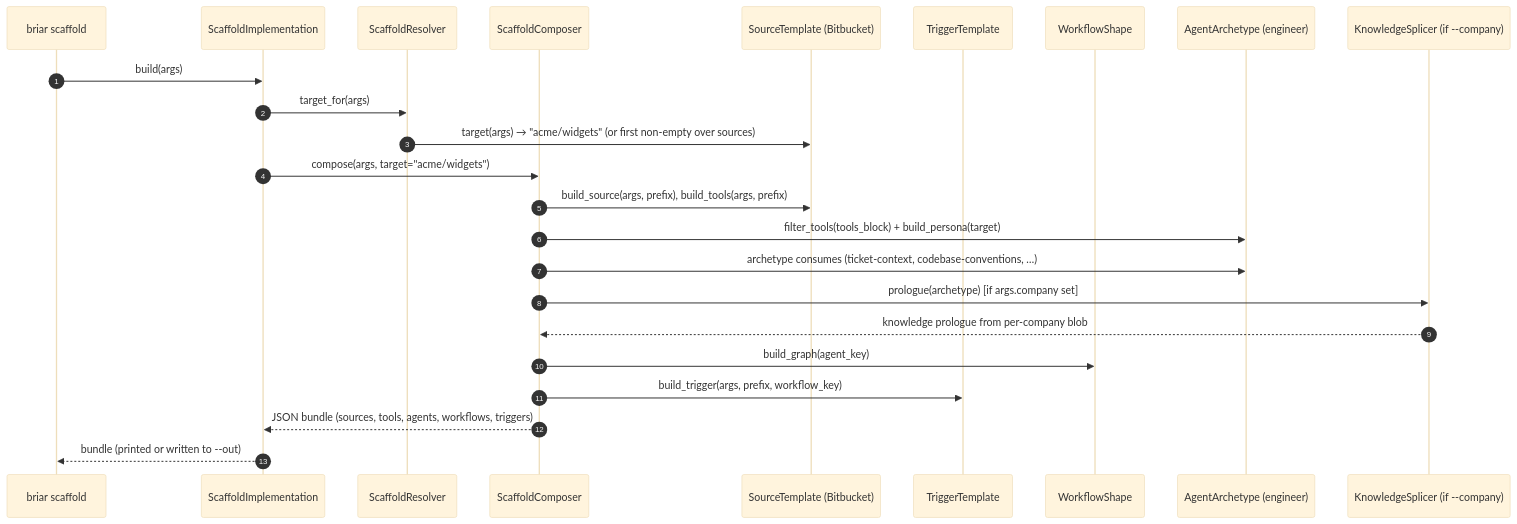
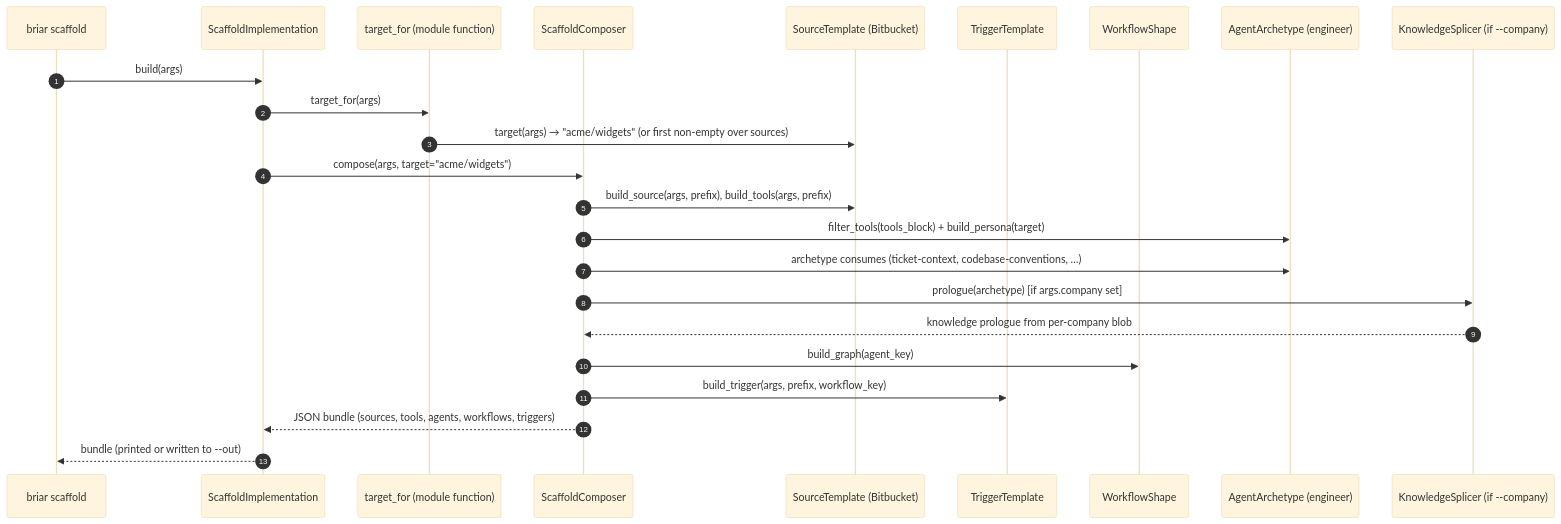
One commit to iklobato/briar changed the seventh of 8 diagrams in ARCHITECTURE_DEEP.md. Above: the diagram before and after it, drawn with Mermaid (base theme). The commit also changed other lines of this file and 1 other file, not shown here.

First line of the commit message:
docs: sync ARCHITECTURE and ARCHITECTURE_DEEP with v1.1.56 code

````diff
--- a/ARCHITECTURE_DEEP.md
+++ b/ARCHITECTURE_DEEP.md
@@ -342,27 +345,27 @@
 ```mermaid
 sequenceDiagram
   autonumber
   participant CLI as briar scaffold
   participant Sc as ScaffoldImplementation
-  participant Re as ScaffoldResolver
+  participant Re as target_for (module function)
   participant Co as ScaffoldComposer
   participant ST as SourceTemplate (Bitbucket)
   participant Tr as TriggerTemplate
   participant Sh as WorkflowShape
   participant Ar as AgentArchetype (engineer)
   participant KS as KnowledgeSplicer (if --company)
 
   CLI->>Sc: build(args)
   Sc->>Re: target_for(args)
   Re->>ST: target(args) → "acme/widgets" (or first non-empty over sources)
   Sc->>Co: compose(args, target="acme/widgets")
   Co->>ST: build_source(args, prefix), build_tools(args, prefix)
   Co->>Ar: filter_tools(tools_block) + build_persona(target)
   Co->>Ar: archetype consumes (ticket-context, codebase-conventions, …)
   Co->>KS: prologue(archetype)   [if args.company set]
   KS-->>Co: knowledge prologue from per-company blob
   Co->>Sh: build_graph(agent_key)
   Co->>Tr: build_trigger(args, prefix, workflow_key)
   Co-->>Sc: JSON bundle (sources, tools, agents, workflows, triggers)
   Sc-->>CLI: bundle (printed or written to --out)
 ```
````
